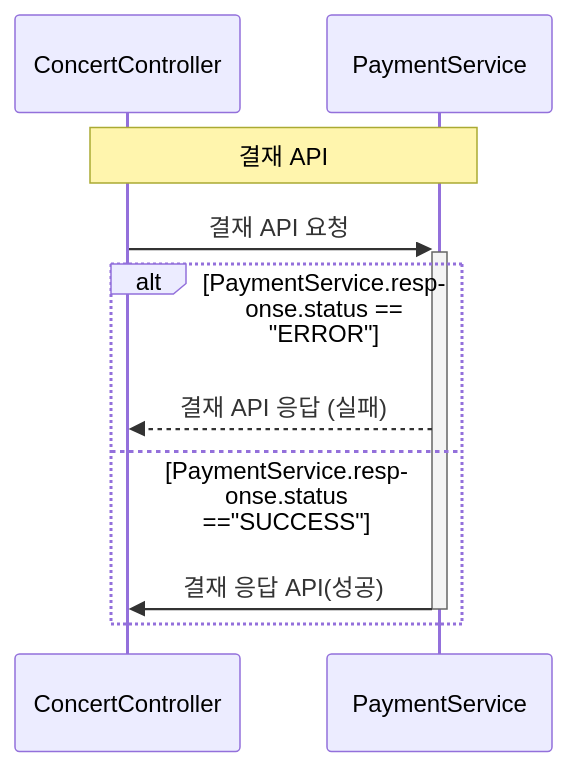
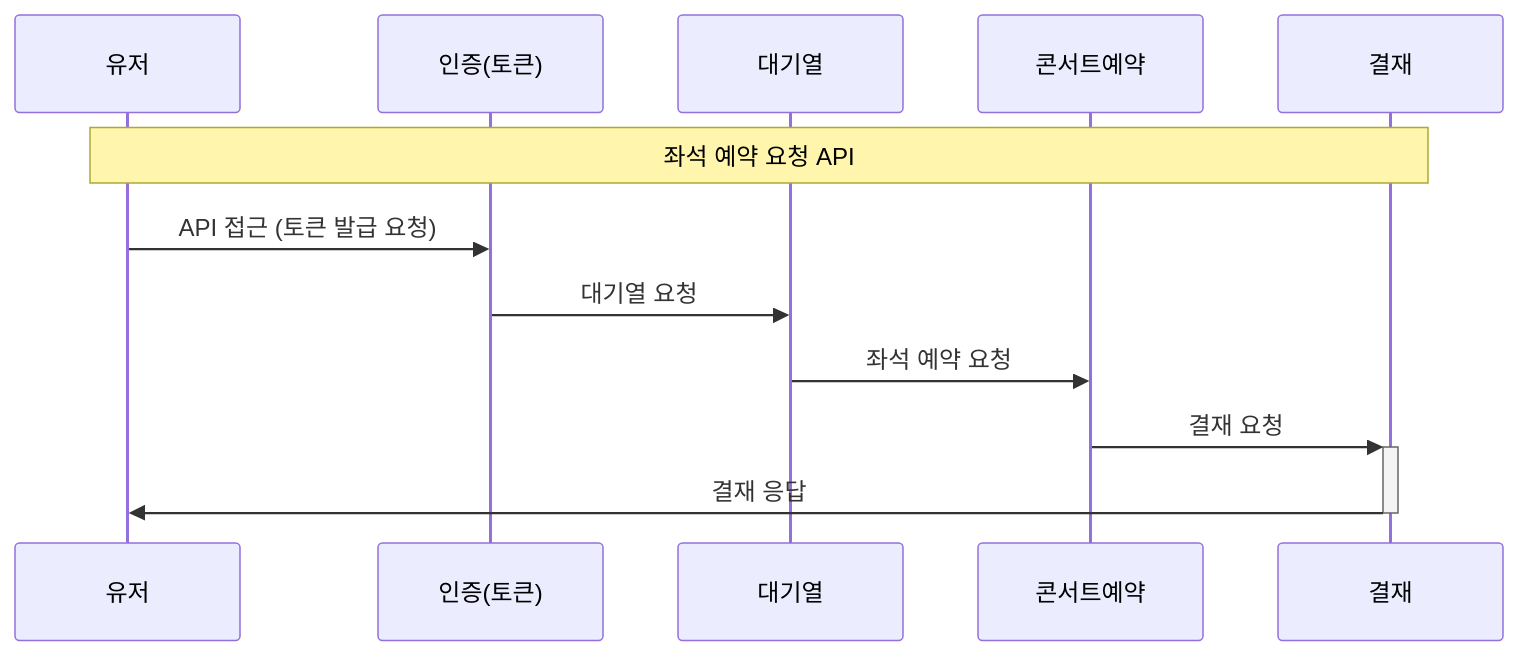
Before and after one commit to tak-tack/hhplus-3th-reserve: the fourth of 4 diagrams in read.md, drawn with Mermaid. The commit also changed other lines of this file, not shown here.

Commit message:
2024-07-03 시퀀스 다이어그램 수정

````diff
--- a/read.md
+++ b/read.md
@@ -54,13 +46,16 @@
 ```mermaid
 sequenceDiagram
-    participant ConcertController
-    participant PaymentService
+    participant 유저
+    participant 인증(토큰)
+    participant 대기열
+    participant 콘서트예약
+    participant 결재
 
-                Note over ConcertController, PaymentService : 결재 API
-              ConcertController ->>+ PaymentService : 결재 API 요청 
-                    alt PaymentService.response.status == "ERROR"
-                        PaymentService -->> ConcertController : 결재 API 응답 (실패)
-                     else PaymentService.response.status =="SUCCESS"     
-                        PaymentService ->>- ConcertController : 결재 응답 API(성공)
-                    end    
+    Note over 유저, 결재 : 좌석 예약 요청 API
+    유저 ->> 인증(토큰) :  API 접근 (토큰 발급 요청)
+    인증(토큰) ->> 대기열: 대기열 요청
+    대기열 ->> 콘서트예약 : 좌석 예약 요청
+    콘서트예약 ->>+ 결재 : 결재 요청
+    결재 ->>- 유저 : 결재 응답
+
 ```
````
